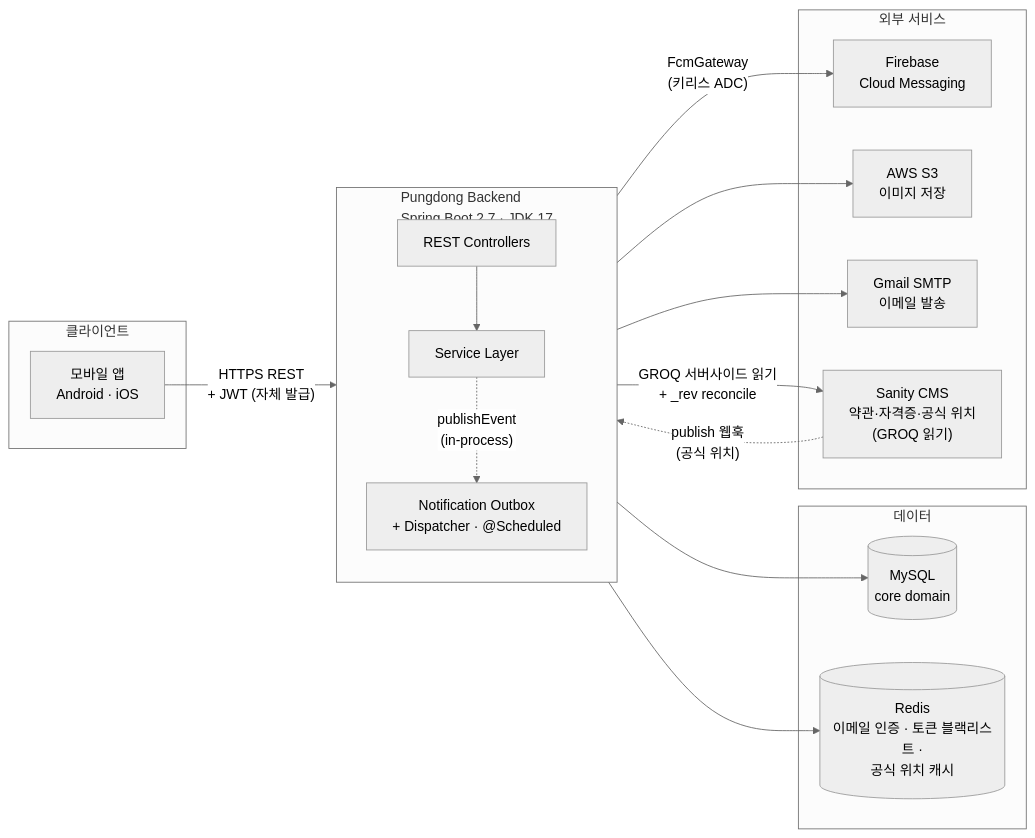
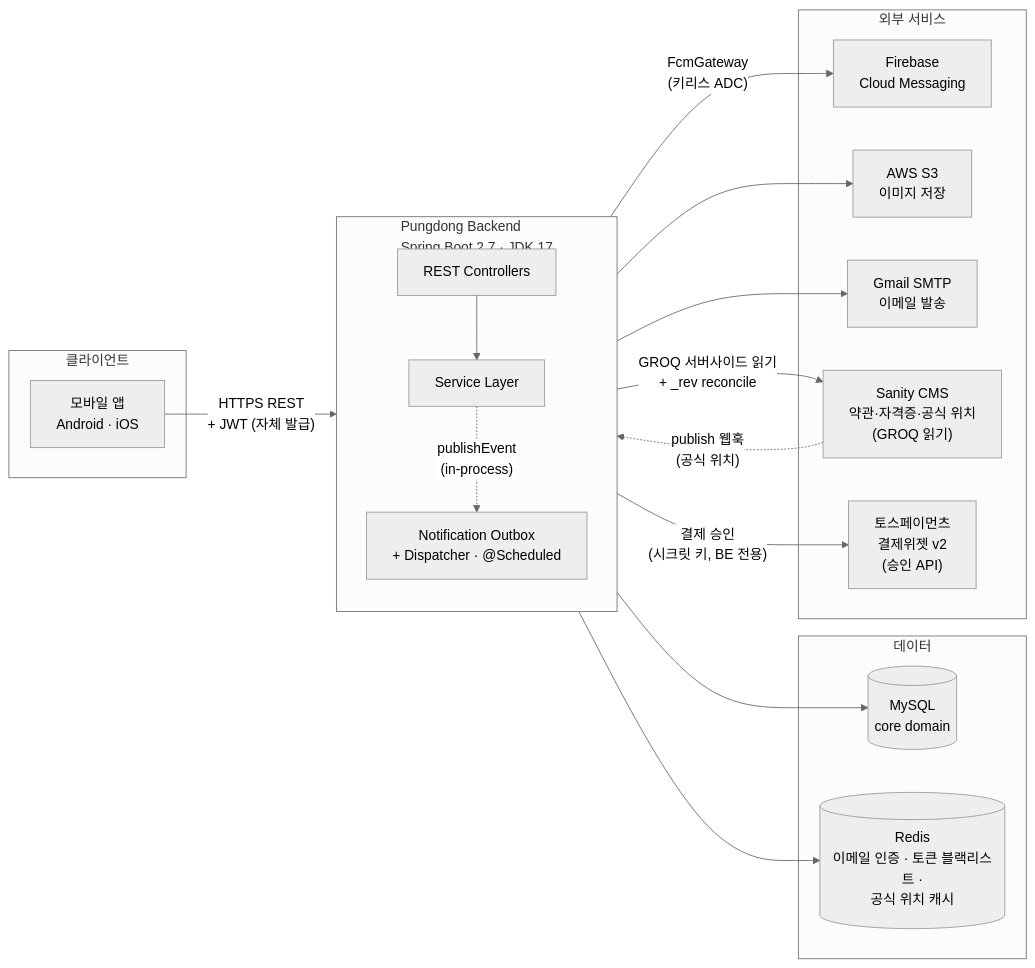
Before and after one commit to pungdong/Pungdong-Backend: the diagram in README.md, drawn with Mermaid (neutral theme). The commit also changed other lines of this file and 10 other files, not shown here.

````diff
--- a/README.md
+++ b/README.md
@@ -11,36 +11,38 @@
 ```mermaid
 flowchart LR
     subgraph Clients["클라이언트"]
         App["모바일 앱<br/>Android · iOS"]
     end
 
     subgraph Backend["Pungdong Backend<br/>Spring Boot 2.7 · JDK 17"]
         direction TB
         Controller["REST Controllers"]
         Service["Service Layer"]
         Notif["Notification Outbox<br/>+ Dispatcher · @Scheduled"]
         Controller --> Service
         Service -. "publishEvent<br/>(in-process)" .-> Notif
     end
 
     subgraph Data["데이터"]
         MySQL[("MySQL<br/>core domain")]
         Redis[("Redis<br/>이메일 인증 · 토큰 블랙리스트 ·<br/>공식 위치 캐시")]
     end
 
     subgraph External["외부 서비스"]
         FCM["Firebase<br/>Cloud Messaging"]
         S3["AWS S3<br/>이미지 저장"]
         SMTP["Gmail SMTP<br/>이메일 발송"]
         Sanity["Sanity CMS<br/>약관·자격증·공식 위치<br/>(GROQ 읽기)"]
+        Toss["토스페이먼츠<br/>결제위젯 v2<br/>(승인 API)"]
     end
 
     App -- "HTTPS REST<br/>+ JWT (자체 발급)" --> Controller
     Service --> MySQL
     Service --> Redis
     Service --> S3
     Service --> SMTP
     Service -- "GROQ 서버사이드 읽기<br/>+ _rev reconcile" --> Sanity
+    Service -- "결제 승인<br/>(시크릿 키, BE 전용)" --> Toss
     Sanity -. "publish 웹훅<br/>(공식 위치)" .-> Controller
     Notif -- "FcmGateway<br/>(키리스 ADC)" --> FCM
 ```
````
